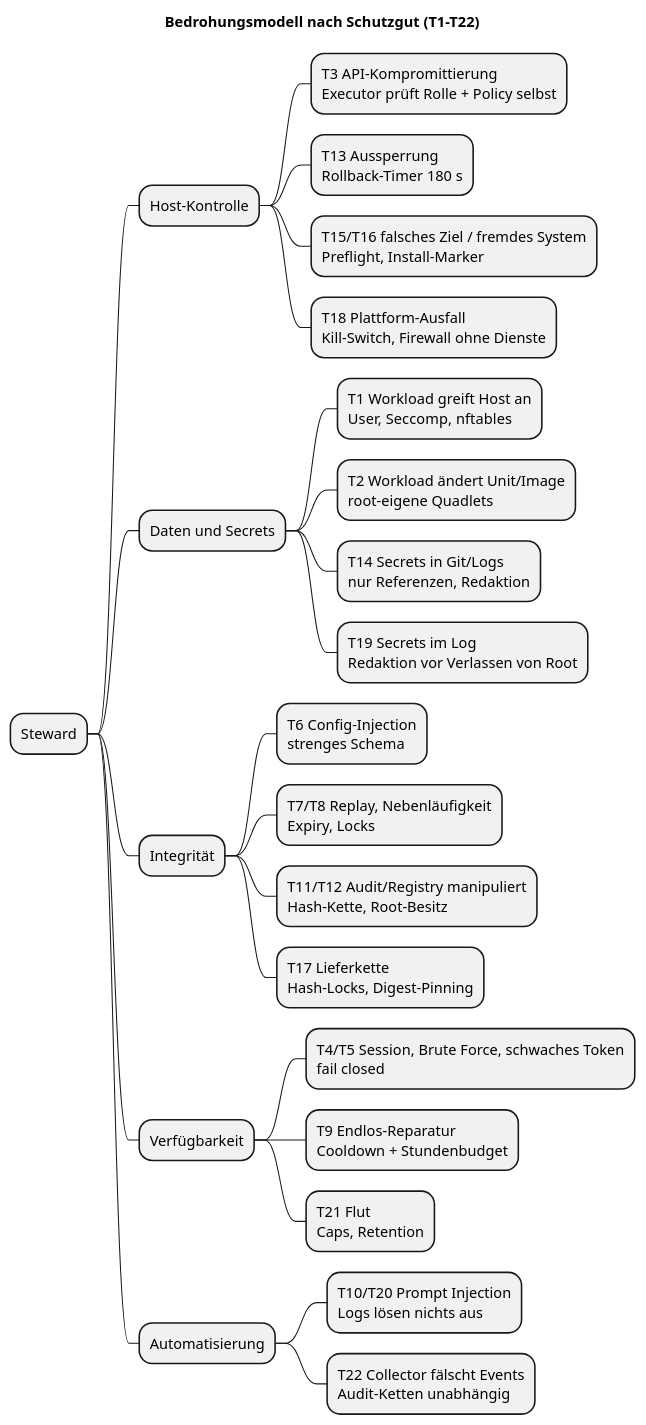
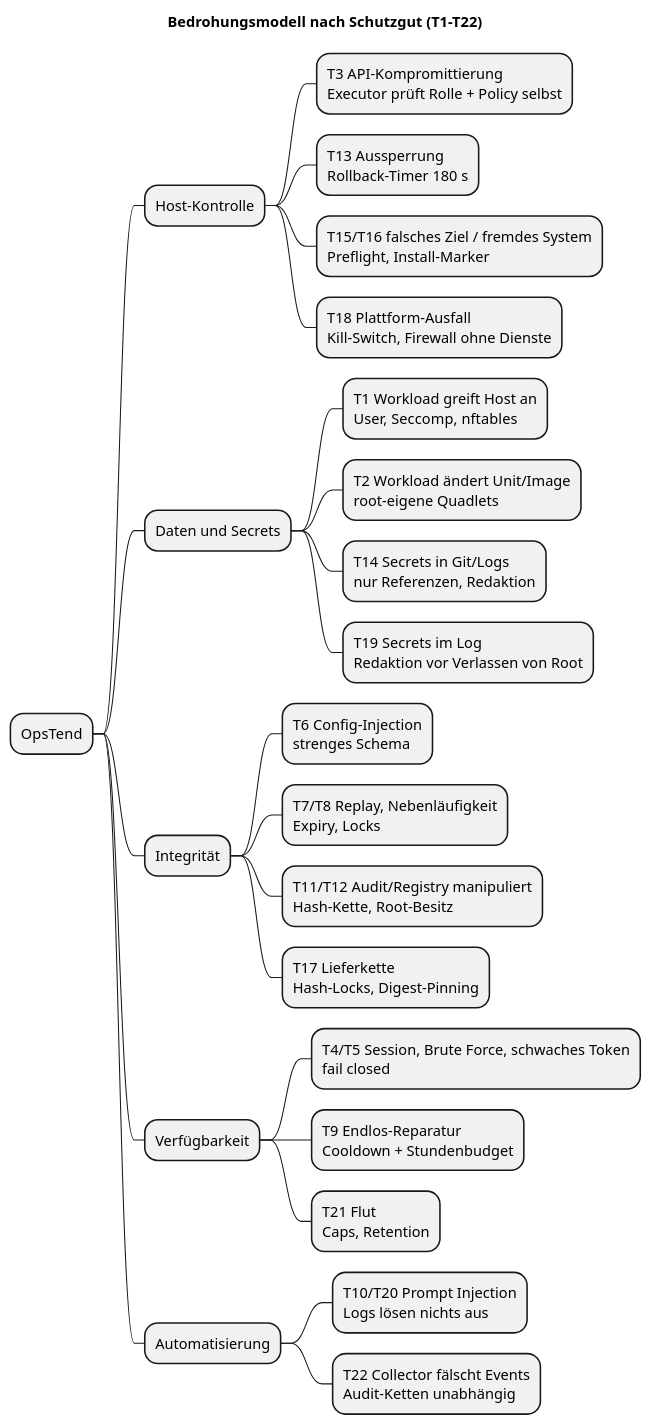
The diagram in docs/diagrams/src/11-bedrohungsmodell.puml (grethel-labs/opstend), drawn with PlantUML before and after one commit. The commit also changed 86 other files, not shown here.

Commit message:
Adopt OpsTend branding and Zorec in the admin console

```diff
--- a/docs/diagrams/src/11-bedrohungsmodell.puml
+++ b/docs/diagrams/src/11-bedrohungsmodell.puml
@@ -1,26 +1,26 @@
 @startmindmap
 title Bedrohungsmodell nach Schutzgut (T1–T22)
-* Steward
+* OpsTend
 ** Host-Kontrolle
 *** T3 API-Kompromittierung\nExecutor prüft Rolle + Policy selbst
 *** T13 Aussperrung\nRollback-Timer 180 s
 *** T15/T16 falsches Ziel / fremdes System\nPreflight, Install-Marker
 *** T18 Plattform-Ausfall\nKill-Switch, Firewall ohne Dienste
 ** Daten und Secrets
 *** T1 Workload greift Host an\nUser, Seccomp, nftables
 *** T2 Workload ändert Unit/Image\nroot-eigene Quadlets
 *** T14 Secrets in Git/Logs\nnur Referenzen, Redaktion
 *** T19 Secrets im Log\nRedaktion vor Verlassen von Root
 ** Integrität
 *** T6 Config-Injection\nstrenges Schema
 *** T7/T8 Replay, Nebenläufigkeit\nExpiry, Locks
 *** T11/T12 Audit/Registry manipuliert\nHash-Kette, Root-Besitz
 *** T17 Lieferkette\nHash-Locks, Digest-Pinning
 ** Verfügbarkeit
 *** T4/T5 Session, Brute Force, schwaches Token\nfail closed
 *** T9 Endlos-Reparatur\nCooldown + Stundenbudget
 *** T21 Flut\nCaps, Retention
 ** Automatisierung
 *** T10/T20 Prompt Injection\nLogs lösen nichts aus
 *** T22 Collector fälscht Events\nAudit-Ketten unabhängig
 @endmindmap
```
